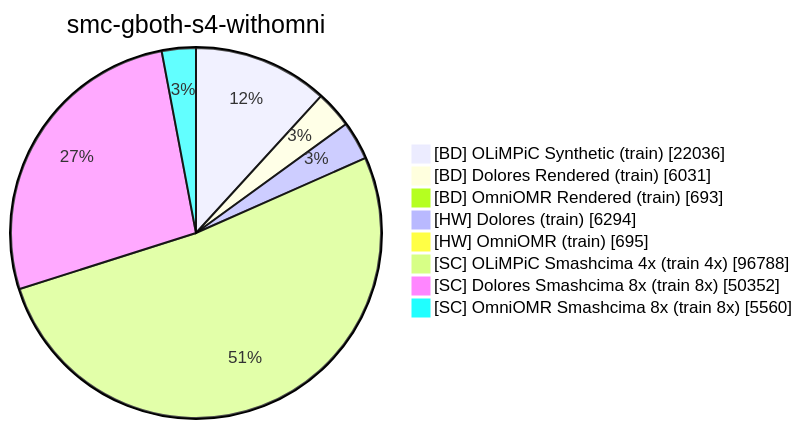
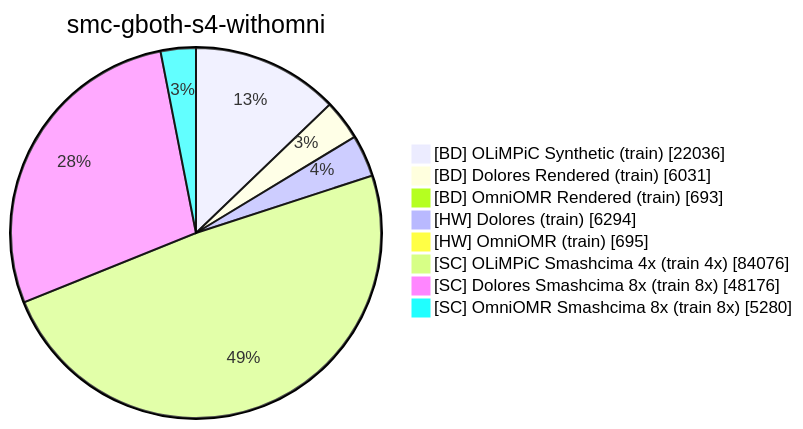
Diagram 11 of 11 in docs/smashcima.md (Jirka-Mayer/ijdar), drawn with Mermaid before and after one commit. The commit also changed other lines of this file and 9 other files, not shown here.

````diff
--- a/docs/smashcima.md
+++ b/docs/smashcima.md
@@ -164,11 +242,11 @@
 ```mermaid
 pie showData title smc-gboth-s4-withomni
     "[BD] OLiMPiC Synthetic (train)" : 22036
     "[BD] Dolores Rendered (train)" : 6031
     "[BD] OmniOMR Rendered (train)" : 693
     "[HW] Dolores (train)" : 6294
     "[HW] OmniOMR (train)" : 695
-    "[SC] OLiMPiC Smashcima 4x (train 4x)" : 96788
-    "[SC] Dolores Smashcima 8x (train 8x)" : 50352
-    "[SC] OmniOMR Smashcima 8x (train 8x)" : 5560
+    "[SC] OLiMPiC Smashcima 4x (train 4x)" : 84076
+    "[SC] Dolores Smashcima 8x (train 8x)" : 48176
+    "[SC] OmniOMR Smashcima 8x (train 8x)" : 5280
 ```
````
